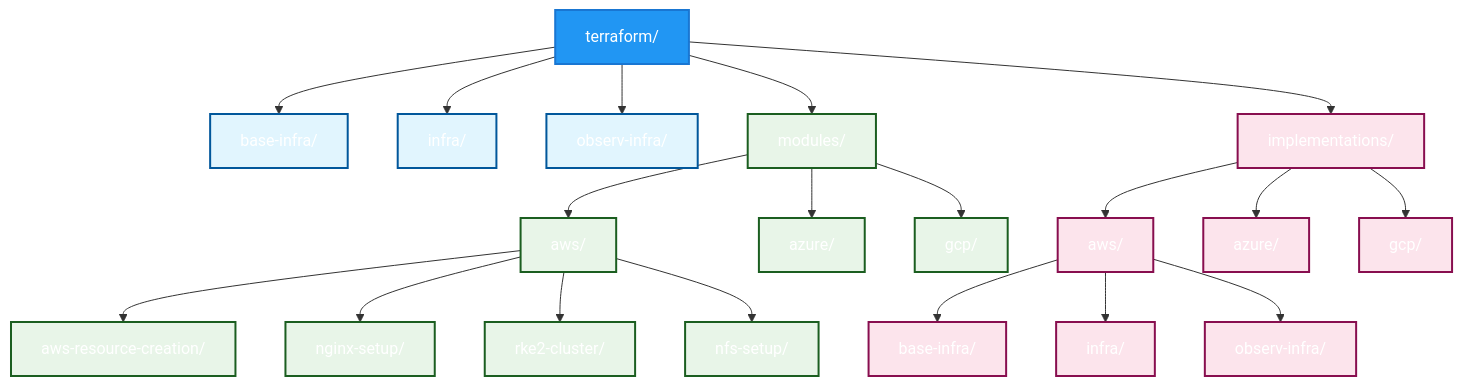
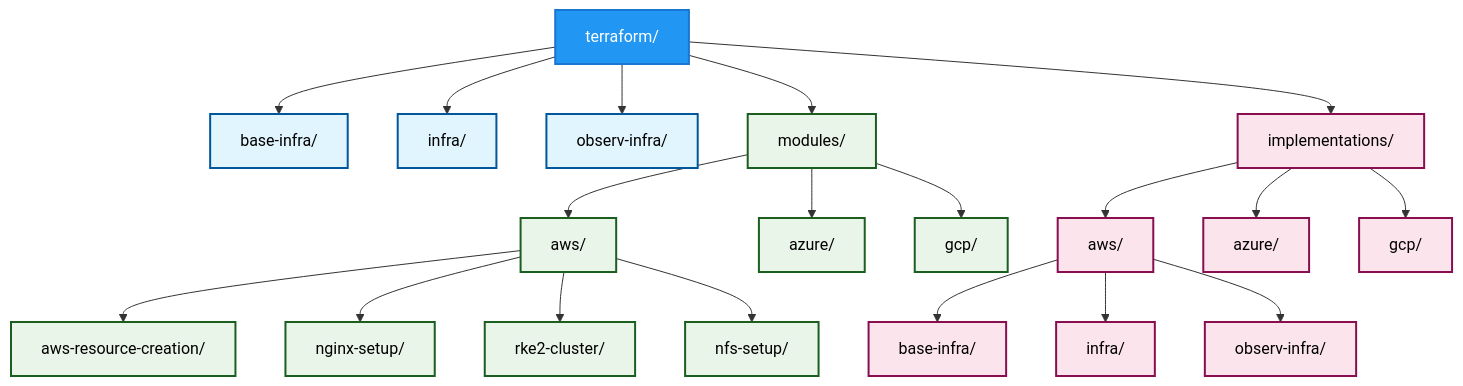
The second of 3 diagrams in README.md (mosip/infra), drawn with Mermaid before and after one commit. The commit also changed other lines of this file and 14 other files, not shown here.

````diff
--- a/README.md
+++ b/README.md
@@ -90,35 +90,35 @@
 ```mermaid
 graph TD
     A["terraform/"] --> B["base-infra/"]
     A --> C["infra/"]
     A --> D["observ-infra/"]
     A --> E["modules/"]
     A --> F["implementations/"]
     
     E --> E1["aws/"]
     E --> E2["azure/"]
     E --> E3["gcp/"]
     
     E1 --> E1A["aws-resource-creation/"]
     E1 --> E1B["nginx-setup/"]
     E1 --> E1C["rke2-cluster/"]
     E1 --> E1D["nfs-setup/"]
     
     F --> F1["aws/"]
     F --> F2["azure/"]
     F --> F3["gcp/"]
     
     F1 --> F1A["base-infra/"]
     F1 --> F1B["infra/"]
     F1 --> F1C["observ-infra/"]
     
     classDef root fill:#2196F3,stroke:#1976D2,stroke-width:2px,color:#fff
-    classDef component fill:#e1f5fe,stroke:#01579b,stroke-width:2px
-    classDef modules fill:#e8f5e8,stroke:#1b5e20,stroke-width:2px
-    classDef impl fill:#fce4ec,stroke:#880e4f,stroke-width:2px
+    classDef component fill:#e1f5fe,stroke:#01579b,stroke-width:2px,color:#000000
+    classDef modules fill:#e8f5e8,stroke:#1b5e20,stroke-width:2px,color:#000000
+    classDef impl fill:#fce4ec,stroke:#880e4f,stroke-width:2px,color:#000000
     
     class A root
     class B,C,D component
     class E,E1,E2,E3,E1A,E1B,E1C,E1D modules
     class F,F1,F2,F3,F1A,F1B,F1C impl
 ```
````
